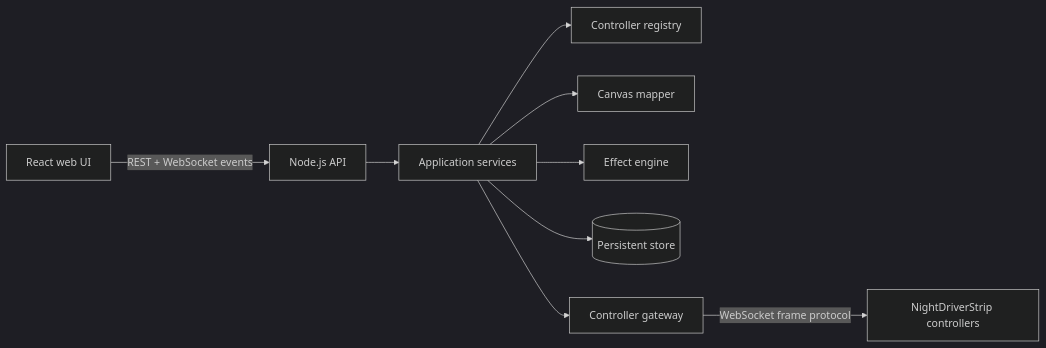
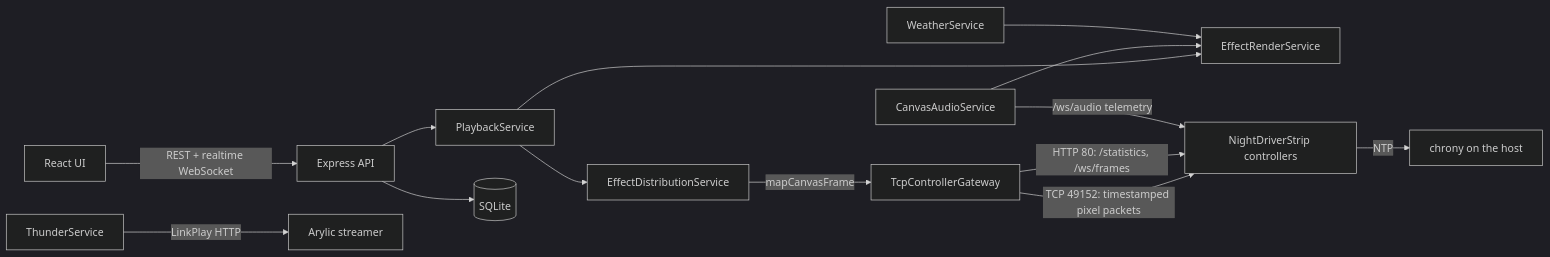
The diagram in docs/ARCHITECTURE.md (lawrencek52/LED-Central), drawn with Mermaid (dark theme) before and after one commit. The commit also changed other lines of this file and 7 other files, not shown here.

````diff
--- a/docs/ARCHITECTURE.md
+++ b/docs/ARCHITECTURE.md
@@ -12,11 +8,16 @@
 ```mermaid
 flowchart LR
-    Browser[React web UI] -->|REST + WebSocket events| API[Node.js API]
-    API --> App[Application services]
-    App --> Registry[Controller registry]
-    App --> Canvas[Canvas mapper]
-    App --> Effects[Effect engine]
-    App --> Persistence[(Persistent store)]
-    App --> Gateway[Controller gateway]
-    Gateway -->|WebSocket frame protocol| Devices[NightDriverStrip controllers]
+    UI[React UI] -->|REST + realtime WebSocket| API[Express API]
+    API --> Play[PlaybackService]
+    Play --> Render[EffectRenderService]
+    Play --> Dist[EffectDistributionService]
+    Dist -->|mapCanvasFrame| Gateway[TcpControllerGateway]
+    Gateway -->|TCP 49152: timestamped pixel packets| Ctl[NightDriverStrip controllers]
+    Gateway -->|HTTP 80: /statistics, /ws/frames| Ctl
+    Audio[CanvasAudioService] -->|/ws/audio telemetry| Ctl
+    Audio --> Render
+    Weather[WeatherService] --> Render
+    Thunder[ThunderService] -->|LinkPlay HTTP| Speaker[Arylic streamer]
+    API --> DB[(SQLite)]
+    Ctl -->|NTP| Chrony[chrony on the host]
 ```
````
